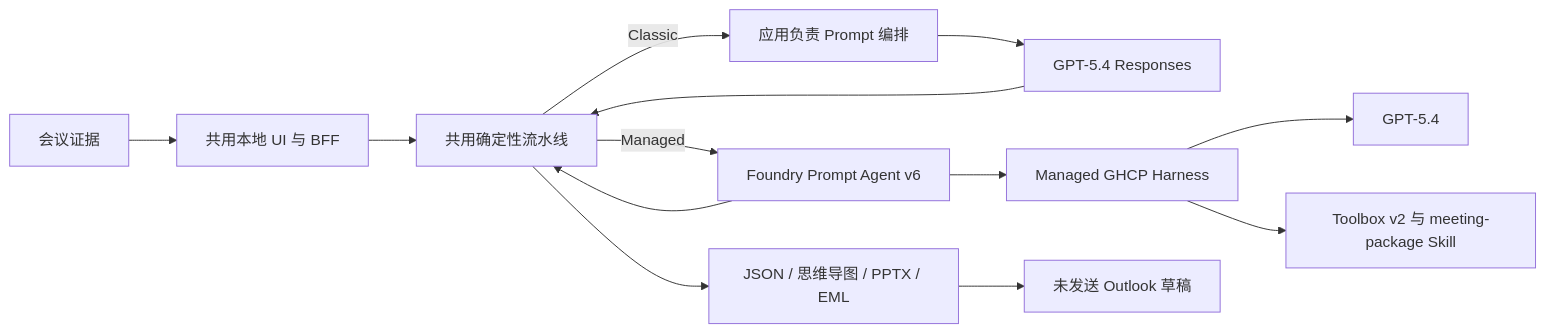
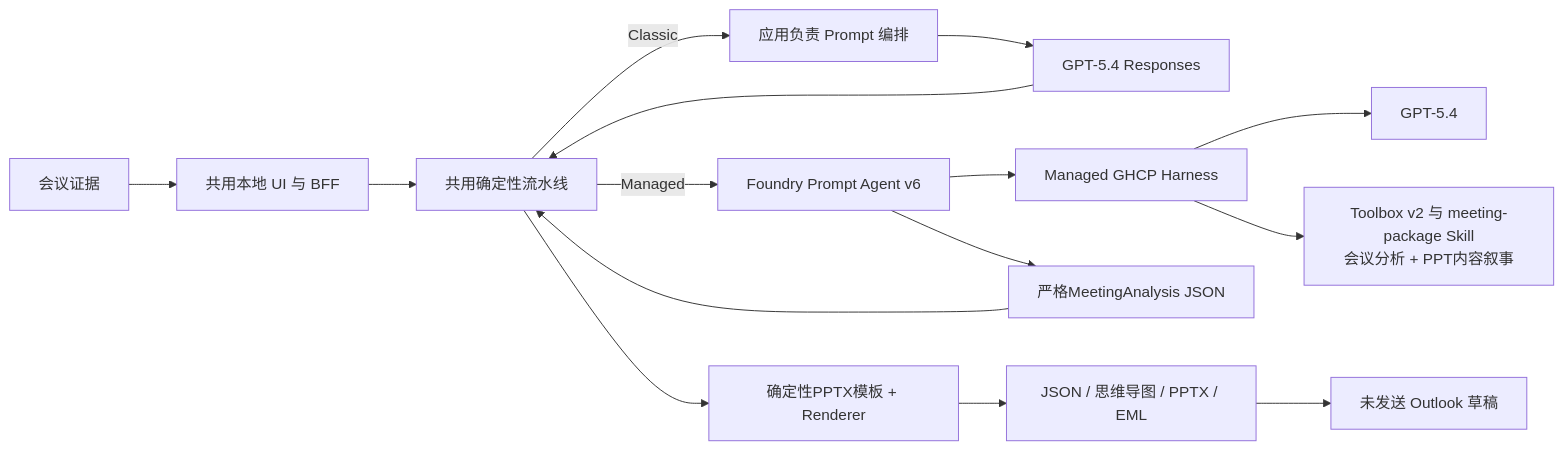
Before and after one commit to david-xinyuwei/david-share: the diagram in Agents/Meeting-Agent/managed-agent/docs/IMPLEMENTATION-COMPARISON-CN.md, drawn with Mermaid. The commit also changed other lines of this file and 20 other files, not shown here.

Commit message:
feat(meeting-agent): clarify managed runtime architecture

````diff
--- a/Agents/Meeting-Agent/managed-agent/docs/IMPLEMENTATION-COMPARISON-CN.md
+++ b/Agents/Meeting-Agent/managed-agent/docs/IMPLEMENTATION-COMPARISON-CN.md
@@ -18,15 +18,17 @@
 ```mermaid
 flowchart LR
     E[会议证据] --> UI[共用本地 UI 与 BFF]
     UI --> P[共用确定性流水线]
     P -->|Classic| C[应用负责 Prompt 编排]
     C --> M1[GPT-5.4 Responses]
     P -->|Managed| A[Foundry Prompt Agent v6]
     A --> H[Managed GHCP Harness]
     H --> M2[GPT-5.4]
-    H --> T[Toolbox v2 与 meeting-package Skill]
+    H --> T[Toolbox v2 与 meeting-package Skill\n会议分析 + PPT内容叙事]
     M1 --> P
-    A --> P
-    P --> O[JSON / 思维导图 / PPTX / EML]
+    A --> J[严格MeetingAnalysis JSON]
+    J --> P
+    P --> R[确定性PPTX模板 + Renderer]
+    R --> O[JSON / 思维导图 / PPTX / EML]
     O --> D[未发送 Outlook 草稿]
 ```
````
